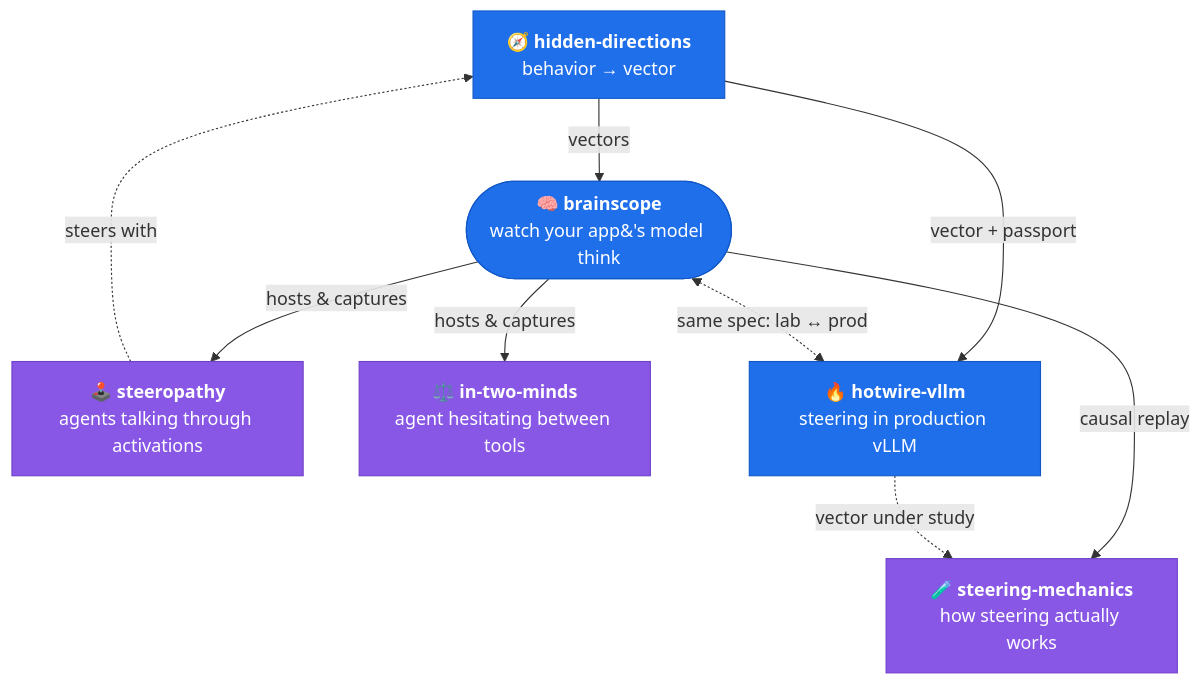
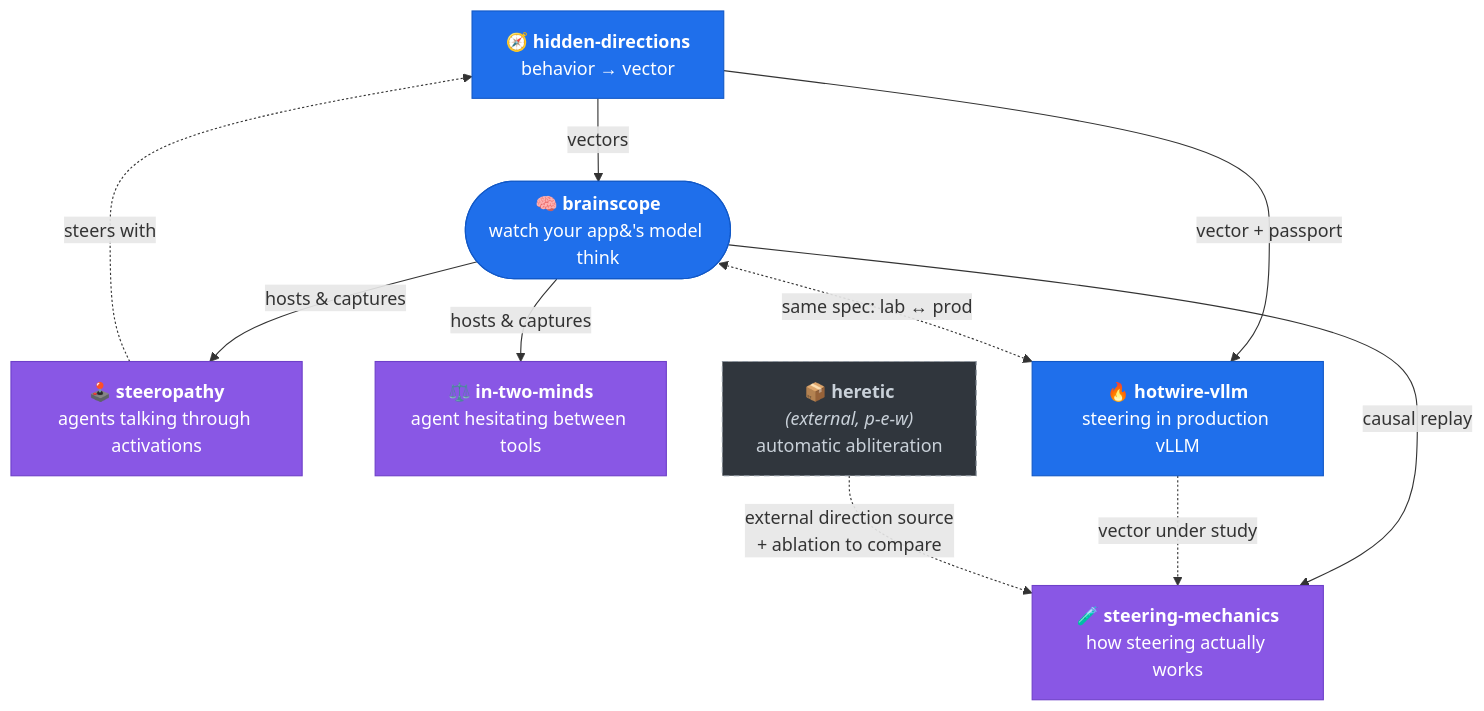
One commit to moudrkat/moudrkat changed the diagram in README.md. Above: the diagram before and after it, drawn with Mermaid. The commit also changed other lines of this file, not shown here.

Commit message:
graph: heretic as external dashed node feeding steering-mechanics

````diff
--- a/README.md
+++ b/README.md
@@ -24,30 +24,35 @@
 ```mermaid
 flowchart TD
     hd["🧭 <b>hidden-directions</b><br/>behavior → vector"]
     bs(["🧠 <b>brainscope</b><br/>watch your app&#39;s model think"])
     st["🕹️ <b>steeropathy</b><br/>agents talking through activations"]
     tm["⚖️ <b>in-two-minds</b><br/>agent hesitating between tools"]
     hw["🔥 <b>hotwire-vllm</b><br/>steering in production vLLM"]
     sm["🧪 <b>steering-mechanics</b><br/>how steering actually works"]
+    ht["📦 <b>heretic</b><br/><i>(external, p-e-w)</i><br/>automatic abliteration"]
 
     hd -->|"vectors"| bs
     bs -->|"hosts & captures"| st
     bs -->|"hosts & captures"| tm
     st -.->|"steers with"| hd
     hd -->|"vector + passport"| hw
     bs <-.->|"same spec: lab ↔ prod"| hw
     bs -->|"causal replay"| sm
     hw -.->|"vector under study"| sm
+    ht -.->|"external direction source<br/>+ ablation to compare"| sm
 
     click hd "https://github.com/moudrkat/hidden-directions"
     click bs "https://github.com/moudrkat/brainscope"
     click st "https://github.com/moudrkat/steeropathy"
     click tm "https://github.com/moudrkat/in-two-minds"
     click hw "https://github.com/moudrkat/hotwire-vllm"
     click sm "https://github.com/moudrkat/steering-mechanics"
+    click ht "https://github.com/p-e-w/heretic"
 
     classDef engine fill:#1f6feb,stroke:#1158c7,color:#ffffff;
     classDef exp fill:#8957e5,stroke:#6e40c9,color:#ffffff;
+    classDef ext fill:#30363d,stroke:#8b949e,color:#c9d1d9,stroke-dasharray: 5 4;
     class bs,hd,hw engine;
     class st,tm,sm exp;
+    class ht ext;
 ```
````
